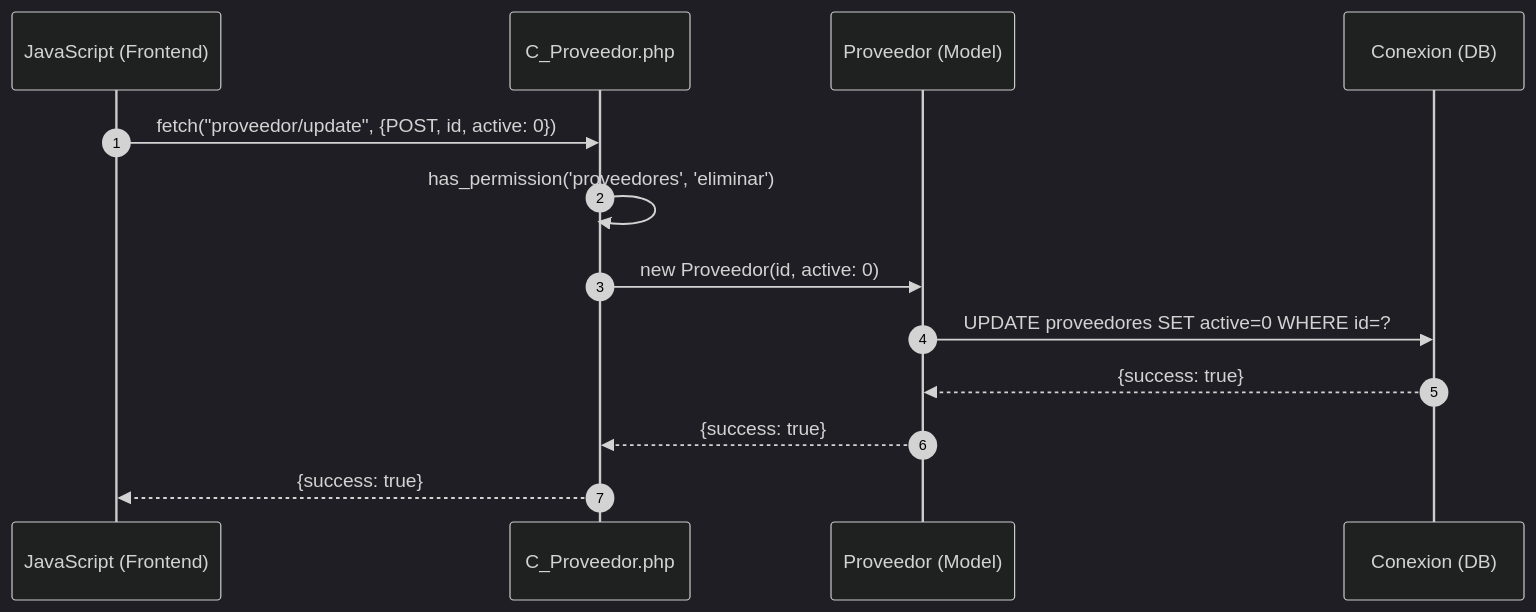
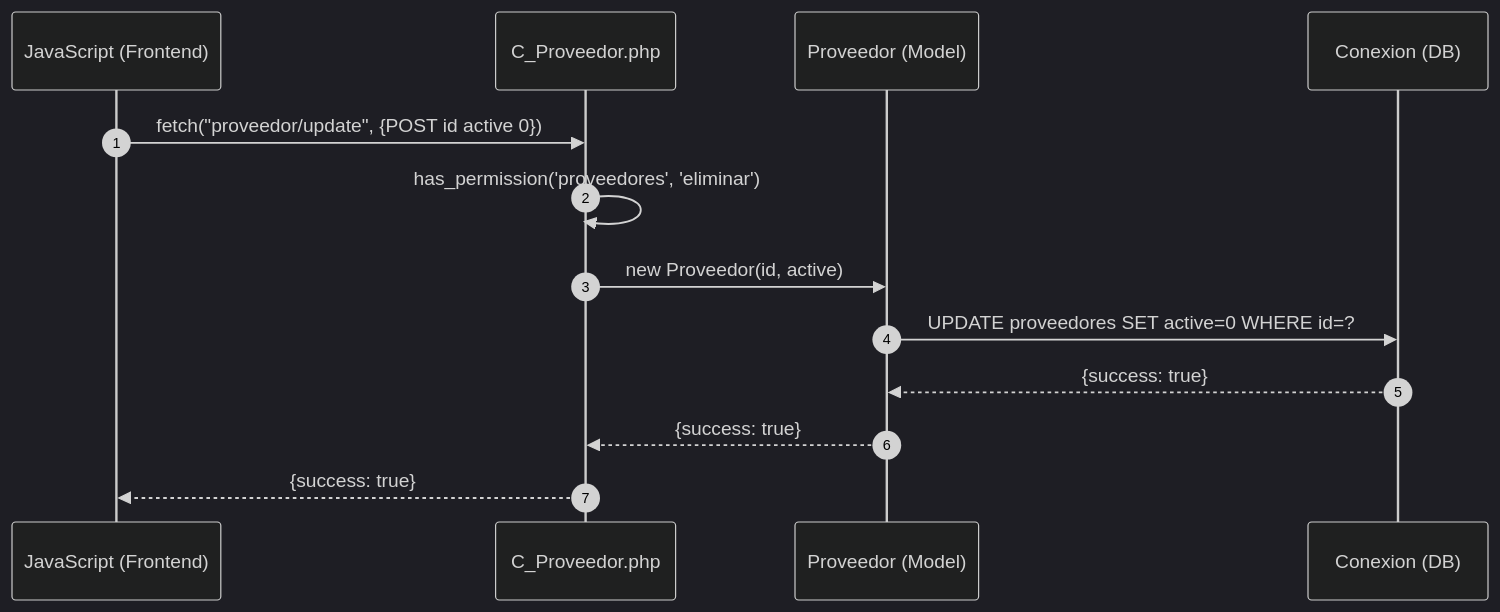
The fourth of 4 diagrams in docs/secuencia/proveedores/proveedores.md (Tecrato/BurgerHouse), drawn with Mermaid (dark theme) before and after one commit. The commit also changed other lines of this file and 13 other files, not shown here.

Commit message:
diagramas de secuencia

````diff
--- a/docs/secuencia/proveedores/proveedores.md
+++ b/docs/secuencia/proveedores/proveedores.md
@@ -88,19 +81,19 @@
 ```mermaid
 sequenceDiagram
     autonumber
     participant JS as JavaScript (Frontend)
     participant C_Proveedor as C_Proveedor.php
     participant Proveedor as Proveedor (Model)
     participant DB as Conexion (DB)
     
-    JS->>C_Proveedor: fetch("proveedor/update", {POST, id, active: 0})
+    JS->>C_Proveedor: fetch("proveedor/update", {POST id active 0})
     
     C_Proveedor->>C_Proveedor: has_permission('proveedores', 'eliminar')
     
-    C_Proveedor->>Proveedor: new Proveedor(id, active: 0)
+    C_Proveedor->>Proveedor: new Proveedor(id, active)
     Proveedor->>DB: UPDATE proveedores SET active=0 WHERE id=?
     DB-->>Proveedor: {success: true}
     Proveedor-->>C_Proveedor: {success: true}
     
     C_Proveedor-->>JS: {success: true}
 ```
````
